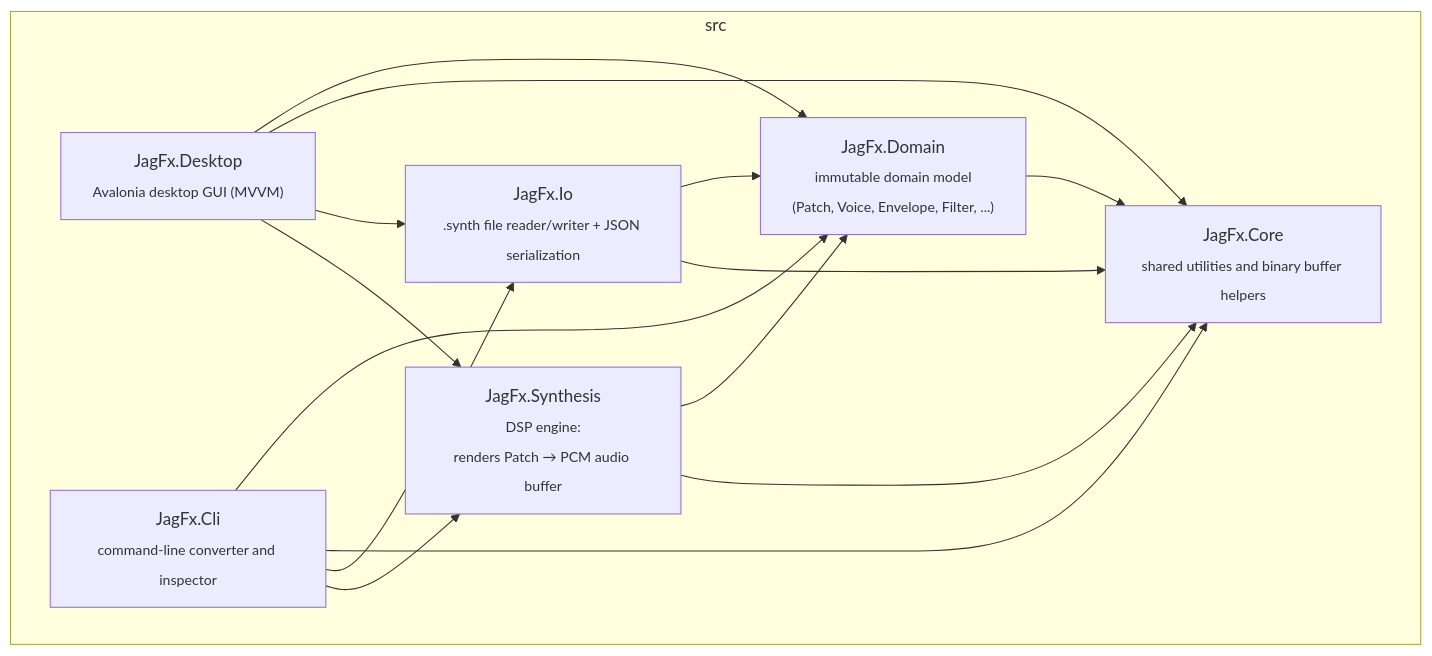
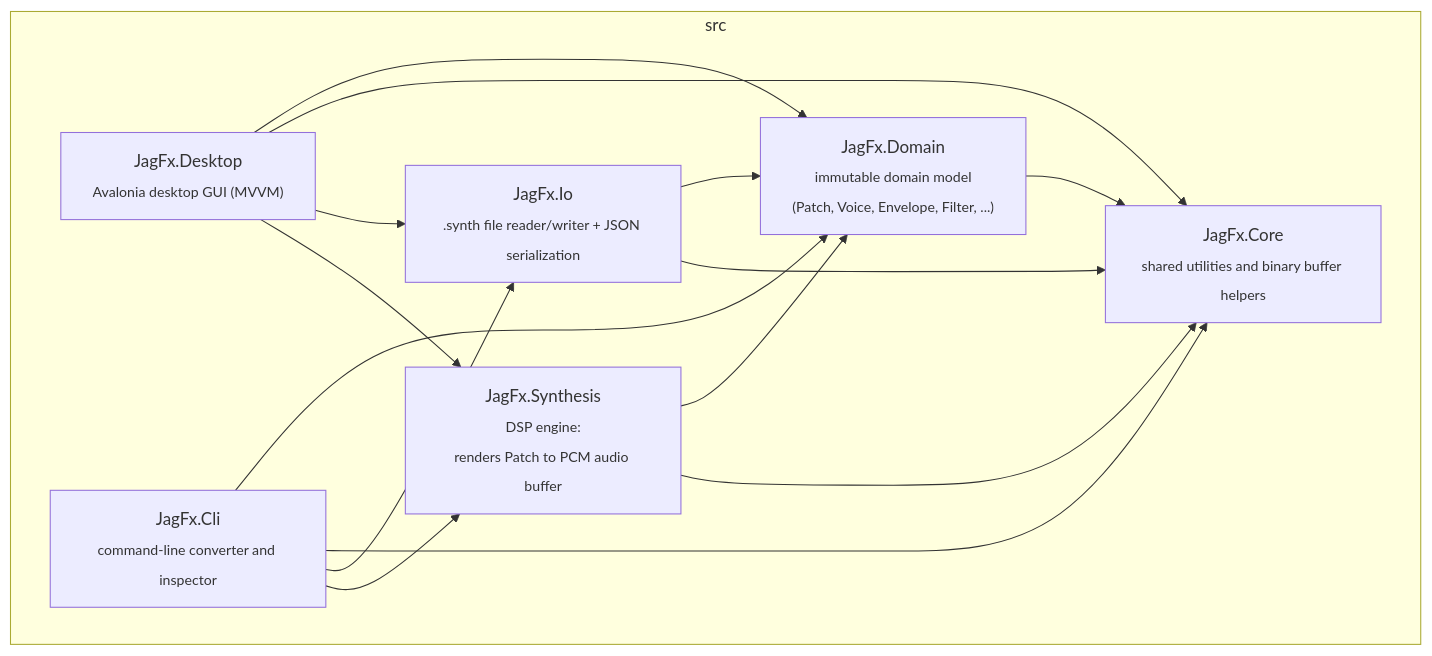
The diagram in README.md (xsyetopz/JagFx), drawn with Mermaid before and after one commit. The commit also changed other lines of this file and 2 other files, not shown here.

````diff
--- a/README.md
+++ b/README.md
@@ -43,29 +43,29 @@
 ```mermaid
 graph TD
     subgraph src
         JagFX_Domain["JagFx.Domain<br/><sub>immutable domain model<br/>(Patch, Voice, Envelope, Filter, ...)</sub>"]
         JagFX_Core["JagFx.Core<br/><sub>shared utilities and binary buffer helpers</sub>"]
         JagFX_Io["JagFx.Io<br/><sub>.synth file reader/writer + JSON serialization</sub>"]
-        JagFX_Synth["JagFx.Synthesis<br/><sub>DSP engine:<br/>renders Patch → PCM audio buffer</sub>"]
+        JagFX_Synth["JagFx.Synthesis<br/><sub>DSP engine:<br/>renders Patch to PCM audio buffer</sub>"]
         JagFX_Desktop["JagFx.Desktop<br/><sub>Avalonia desktop GUI (MVVM)</sub>"]
         JagFX_Cli["JagFx.Cli<br/><sub>command-line converter and inspector</sub>"]
     end
 
     JagFX_Desktop --> JagFX_Domain
     JagFX_Desktop --> JagFX_Core
     JagFX_Desktop --> JagFX_Io
     JagFX_Desktop --> JagFX_Synth
 
     JagFX_Cli --> JagFX_Domain
     JagFX_Cli --> JagFX_Core
     JagFX_Cli --> JagFX_Io
     JagFX_Cli --> JagFX_Synth
 
     JagFX_Synth --> JagFX_Domain
     JagFX_Synth --> JagFX_Core
 
     JagFX_Io --> JagFX_Domain
     JagFX_Io --> JagFX_Core
 
     JagFX_Domain --> JagFX_Core
 ```
````
